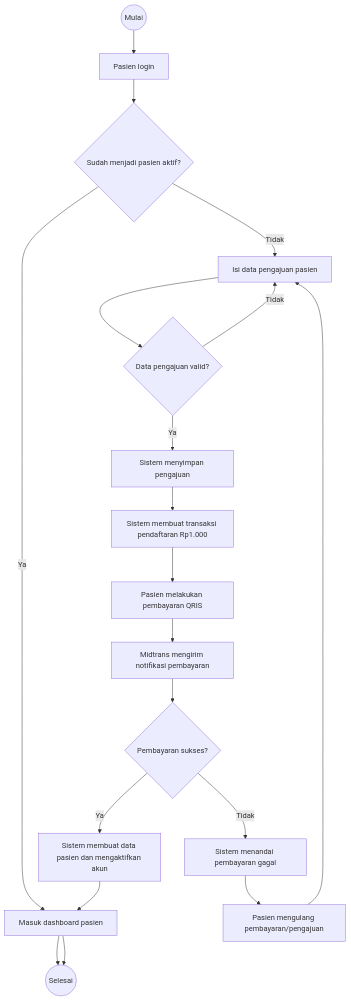
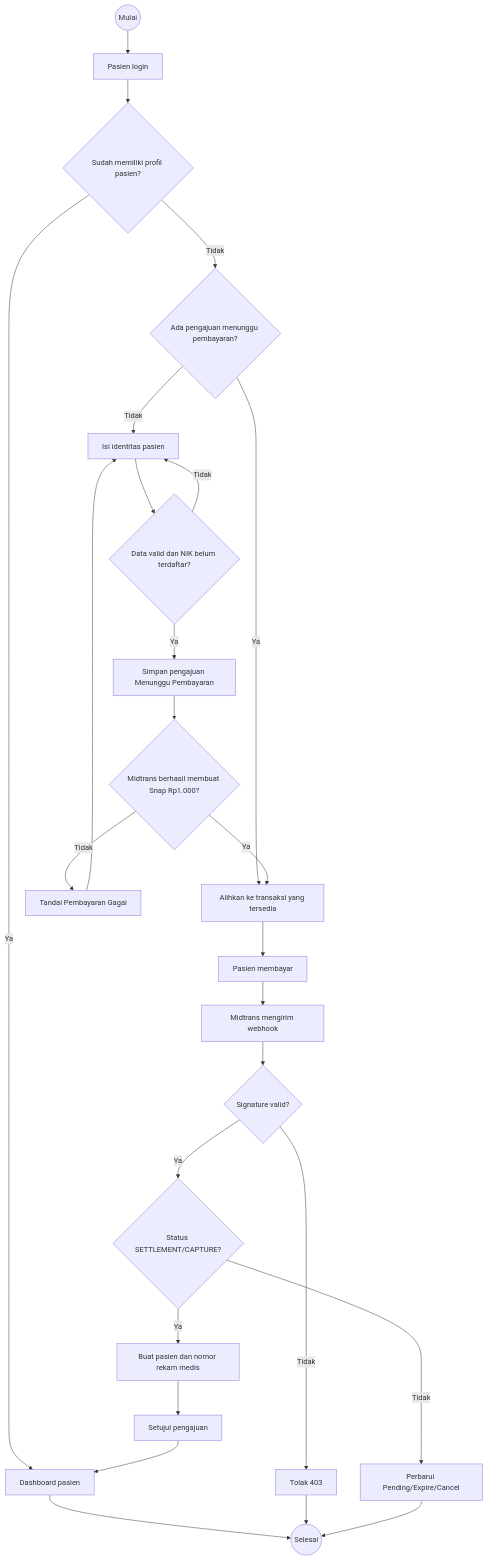
The second of 7 diagrams in dokumentasi/spesifikasi-proyek/activity-diagrams.md (Faathir81/Sistem-Informasi-Klinik), drawn with Mermaid before and after one commit. The commit also changed other lines of this file and 5 other files, not shown here.

Commit message:
docs: align project specifications and diagrams with current implementation

````diff
--- a/dokumentasi/spesifikasi-proyek/activity-diagrams.md
+++ b/dokumentasi/spesifikasi-proyek/activity-diagrams.md
@@ -40,26 +25,23 @@
 ```mermaid
 flowchart TD
-    start((Mulai))
-    login[Pasien login]
-    checkPatient{Sudah menjadi pasien aktif?}
-    dashboard[Masuk dashboard pasien]
-    form[Isi data pengajuan pasien]
-    validate{Data pengajuan valid?}
-    createSubmission[Sistem menyimpan pengajuan]
-    createPayment[Sistem membuat transaksi pendaftaran Rp1.000]
-    pay[Pasien melakukan pembayaran QRIS]
-    webhook[Midtrans mengirim notifikasi pembayaran]
-    paid{Pembayaran sukses?}
-    activate[Sistem membuat data pasien dan mengaktifkan akun]
-    failed[Sistem menandai pembayaran gagal]
-    retry[Pasien mengulang pembayaran/pengajuan]
-    finish((Selesai))
-
-    start --> login --> checkPatient
-    checkPatient -- Ya --> dashboard --> finish
-    checkPatient -- Tidak --> form --> validate
-    validate -- Tidak --> form
-    validate -- Ya --> createSubmission --> createPayment --> pay --> webhook --> paid
-    paid -- Ya --> activate --> dashboard --> finish
-    paid -- Tidak --> failed --> retry --> form
+    start((Mulai)) --> login[Pasien login]
+    login --> active{Sudah memiliki profil pasien?}
+    active -- Ya --> dashboard[Dashboard pasien] --> finish((Selesai))
+    active -- Tidak --> pending{Ada pengajuan menunggu pembayaran?}
+    pending -- Ya --> payment[Alihkan ke transaksi yang tersedia]
+    pending -- Tidak --> form[Isi identitas pasien]
+    form --> valid{Data valid dan NIK belum terdaftar?}
+    valid -- Tidak --> form
+    valid -- Ya --> submission[Simpan pengajuan Menunggu Pembayaran]
+    submission --> snap{Midtrans berhasil membuat Snap Rp1.000?}
+    snap -- Tidak --> failed[Tandai Pembayaran Gagal] --> form
+    snap -- Ya --> payment
+    payment --> pay[Pasien membayar]
+    pay --> webhook[Midtrans mengirim webhook]
+    webhook --> signature{Signature valid?}
+    signature -- Tidak --> reject[Tolak 403] --> finish
+    signature -- Ya --> settled{Status SETTLEMENT/CAPTURE?}
+    settled -- Tidak --> update[Perbarui Pending/Expire/Cancel] --> finish
+    settled -- Ya --> create[Buat pasien dan nomor rekam medis]
+    create --> approve[Setujui pengajuan] --> dashboard
 ```
````
